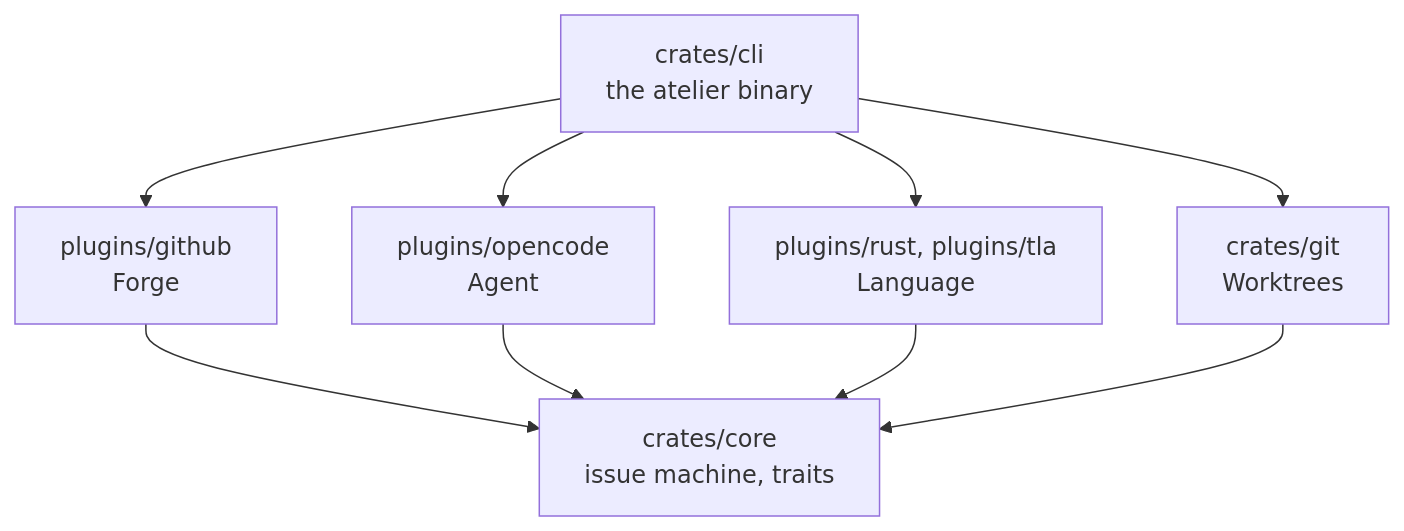
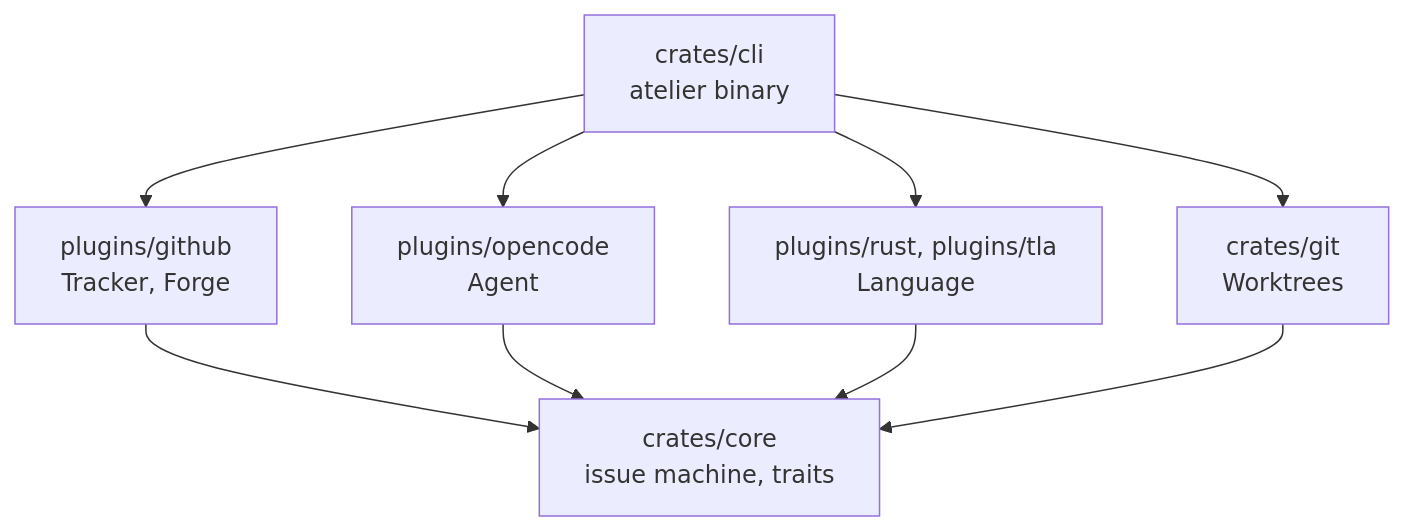
One commit to StevenJPx2/atelier changed the second of 4 diagrams in README.md. Above: the diagram before and after it, drawn with Mermaid. The commit also changed other lines of this file, not shown here.

````diff
--- a/README.md
+++ b/README.md
@@ -48,11 +51,11 @@
 ```mermaid
 flowchart TB
-    CLI["crates/cli<br/>the atelier binary"] --> GitHub["plugins/github<br/>Forge"]
+    CLI["crates/cli<br/>atelier binary"] --> GitHub["plugins/github<br/>Tracker, Forge"]
     CLI --> OpenCode["plugins/opencode<br/>Agent"]
     CLI --> Langs["plugins/rust, plugins/tla<br/>Language"]
     CLI --> Git["crates/git<br/>Worktrees"]
     GitHub --> Core["crates/core<br/>issue machine, traits"]
     OpenCode --> Core
     Langs --> Core
     Git --> Core
 ```
````
